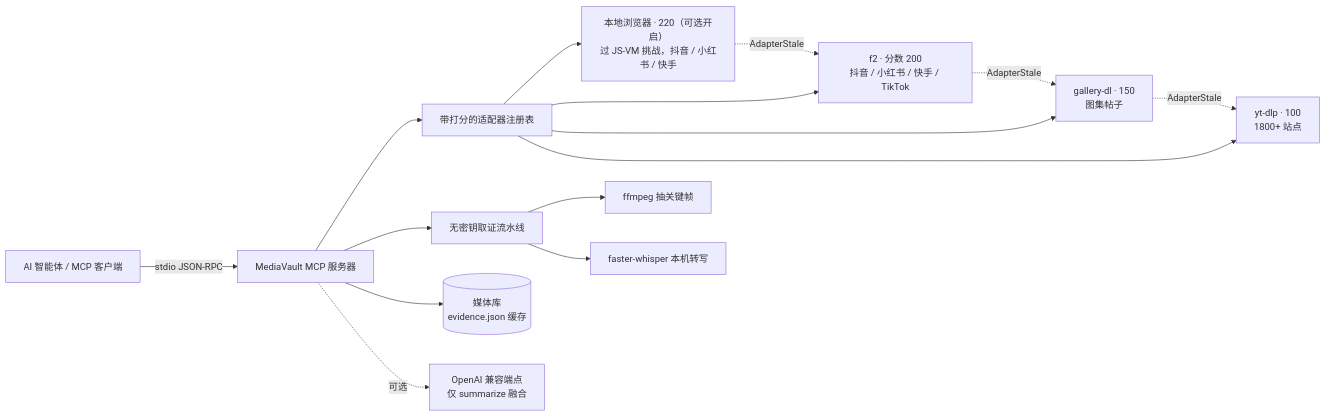
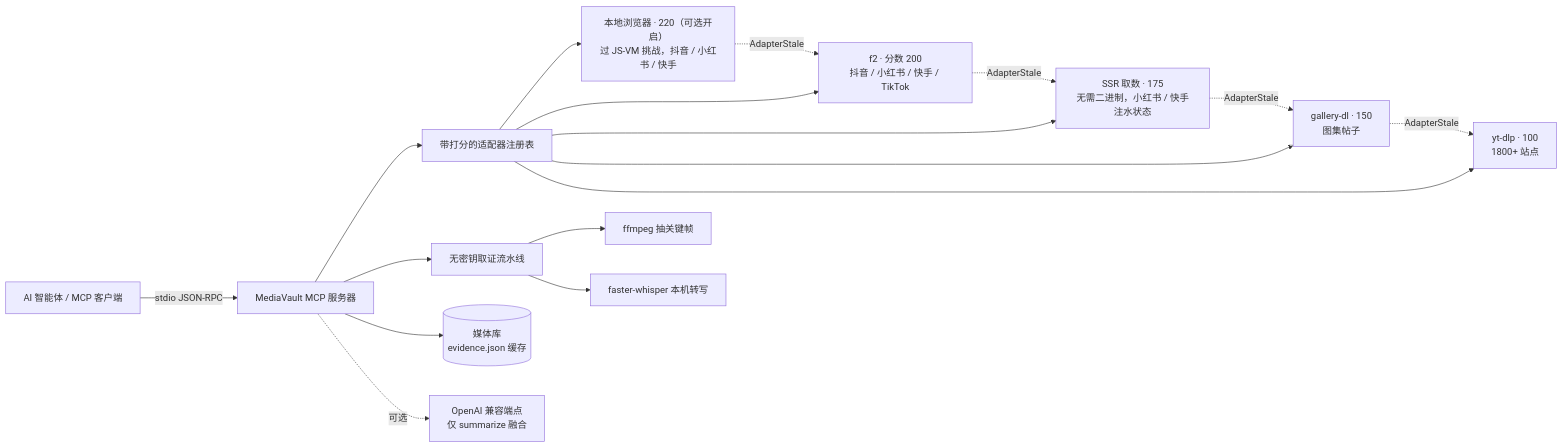
Before and after one commit to Majiturbo/mediavault-mcp: the diagram in README.zh-CN.md, drawn with Mermaid. The commit also changed other lines of this file and 12 other files, not shown here.

First line of the commit message:
feat(adapter): binary-free SSR path for Xiaohongshu/Kuaishou state

````diff
--- a/README.zh-CN.md
+++ b/README.zh-CN.md
@@ -32,16 +32,17 @@
 ```mermaid
 flowchart LR
     A[AI 智能体 / MCP 客户端] -->|stdio JSON-RPC| B[MediaVault MCP 服务器]
     B --> C[带打分的适配器注册表]
     C --> D0["本地浏览器 · 220（可选开启）<br/>过 JS-VM 挑战，抖音 / 小红书 / 快手"]
     C --> D1["f2 · 分数 200<br/>抖音 / 小红书 / 快手 / TikTok"]
+    C --> D1b["SSR 取数 · 175<br/>无需二进制，小红书 / 快手注水状态"]
     C --> D2["gallery-dl · 150<br/>图集帖子"]
     C --> D3["yt-dlp · 100<br/>1800+ 站点"]
     D0 -. AdapterStale .-> D1
-    D1 -. AdapterStale .-> D2 -. AdapterStale .-> D3
+    D1 -. AdapterStale .-> D1b -. AdapterStale .-> D2 -. AdapterStale .-> D3
     B --> E[无密钥取证流水线]
     E --> Gf[ffmpeg 抽关键帧]
     E --> Gw[faster-whisper 本机转写]
     B --> H[("媒体库<br/>evidence.json 缓存")]
     B -. 可选 .-> I[OpenAI 兼容端点<br/>仅 summarize 融合]
 ```
````
